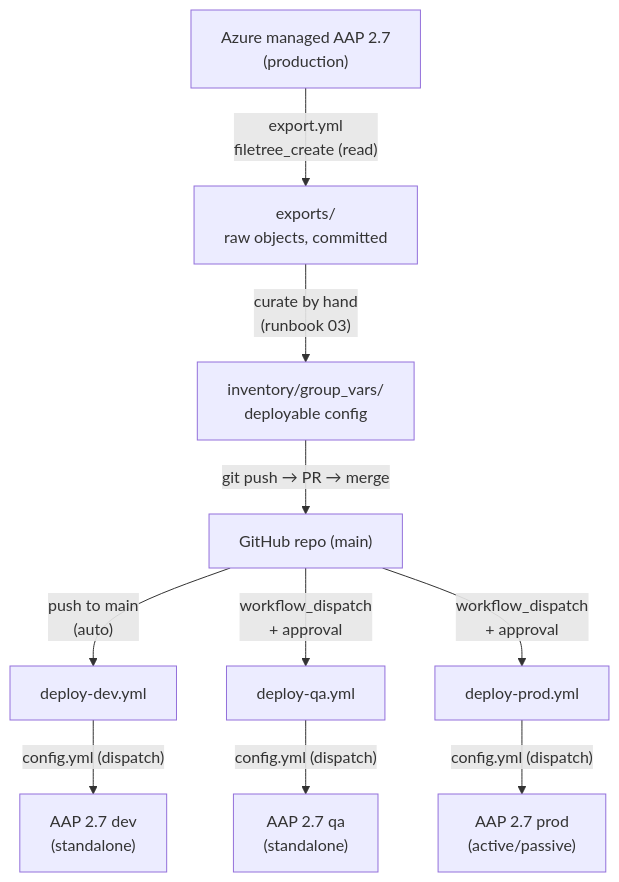
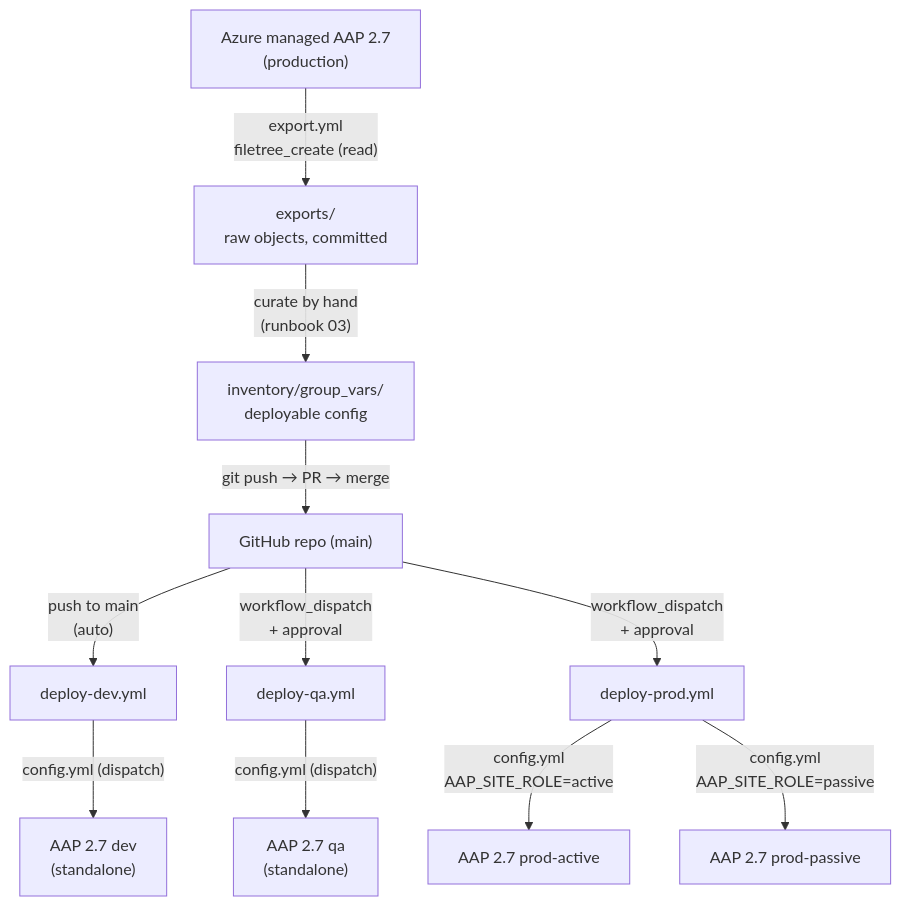
Before and after one commit to ericcames/aap_config: the diagram in docs/ARCHITECTURE.md, drawn with Mermaid. The commit also changed other lines of this file and 19 other files, not shown here.

First line of the commit message:
Add active/passive prod topology and evolve-kit skill

````diff
--- a/docs/ARCHITECTURE.md
+++ b/docs/ARCHITECTURE.md
@@ -5,12 +5,13 @@
 ```mermaid
 flowchart TD
     A["Azure managed AAP 2.7<br/>(production)"] -->|"export.yml<br/>filetree_create (read)"| B["exports/<br/>raw objects, committed"]
     B -->|"curate by hand<br/>(runbook 03)"| C["inventory/group_vars/<br/>deployable config"]
     C -->|"git push → PR → merge"| D["GitHub repo (main)"]
     D -->|"push to main<br/>(auto)"| E["deploy-dev.yml"]
     D -->|"workflow_dispatch<br/>+ approval"| F["deploy-qa.yml"]
     D -->|"workflow_dispatch<br/>+ approval"| G["deploy-prod.yml"]
     E -->|"config.yml (dispatch)"| H["AAP 2.7 dev<br/>(standalone)"]
     F -->|"config.yml (dispatch)"| I["AAP 2.7 qa<br/>(standalone)"]
-    G -->|"config.yml (dispatch)"| J["AAP 2.7 prod<br/>(active/passive)"]
+    G -->|"config.yml<br/>AAP_SITE_ROLE=active"| J["AAP 2.7 prod-active"]
+    G -->|"config.yml<br/>AAP_SITE_ROLE=passive"| K["AAP 2.7 prod-passive"]
 ```
````
